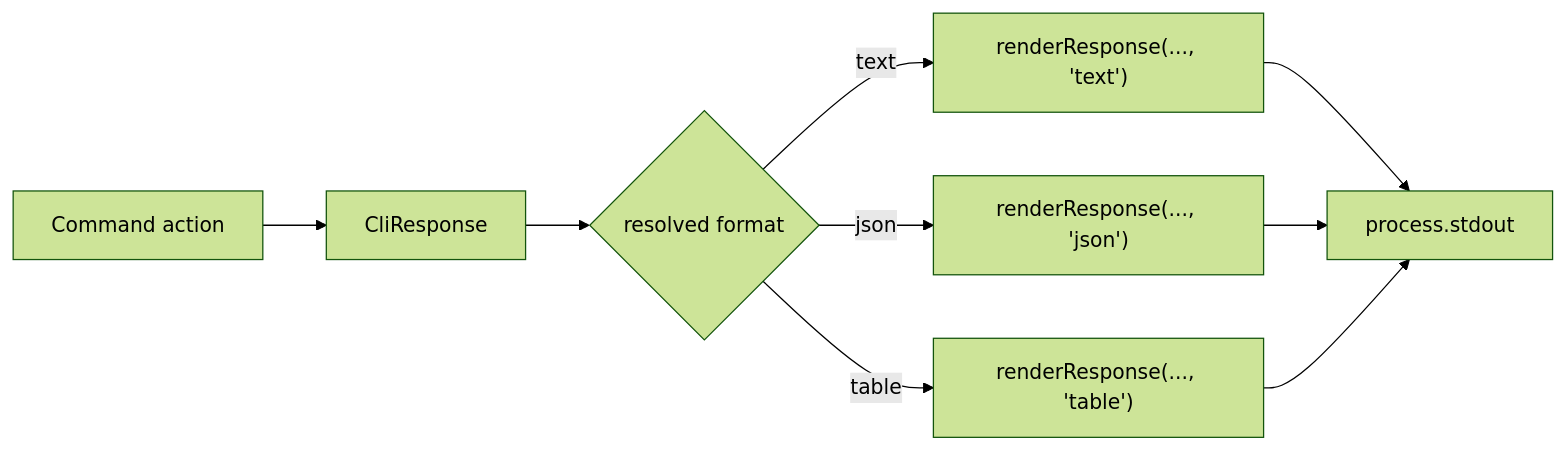
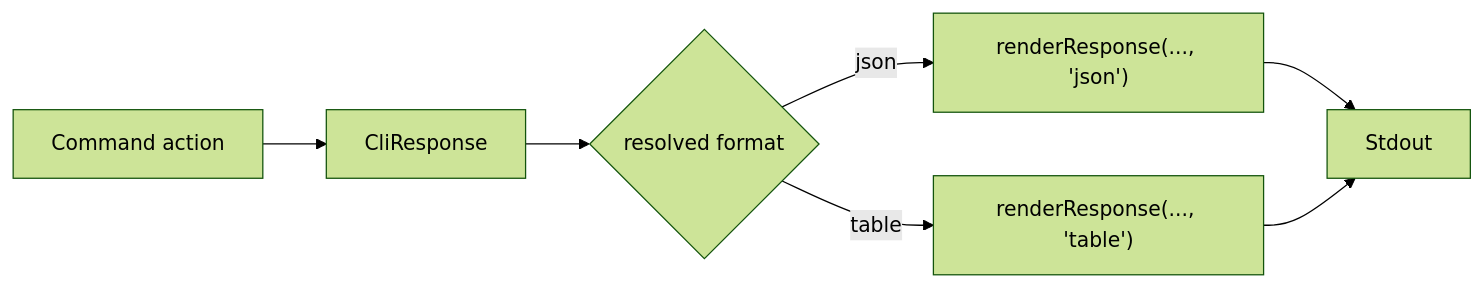
One commit to towardsthecloud/cloudburn changed the second of 2 diagrams in docs/architecture/cli.md. Above: the diagram before and after it, drawn with Mermaid (forest theme). The commit also changed other lines of this file and 20 other files, not shown here.

````diff
--- a/docs/architecture/cli.md
+++ b/docs/architecture/cli.md
@@ -30,11 +30,9 @@
 ```mermaid
 graph LR
   Command["Command action"] --> Response["CliResponse"]
   Response --> Dispatch{"resolved format"}
-  Dispatch -->|text| Text["renderResponse(..., 'text')"]
   Dispatch -->|json| JSON["renderResponse(..., 'json')"]
   Dispatch -->|table| Table["renderResponse(..., 'table')"]
-  Text --> Stdout["process.stdout"]
   JSON --> Stdout
   Table --> Stdout
 ```
````
